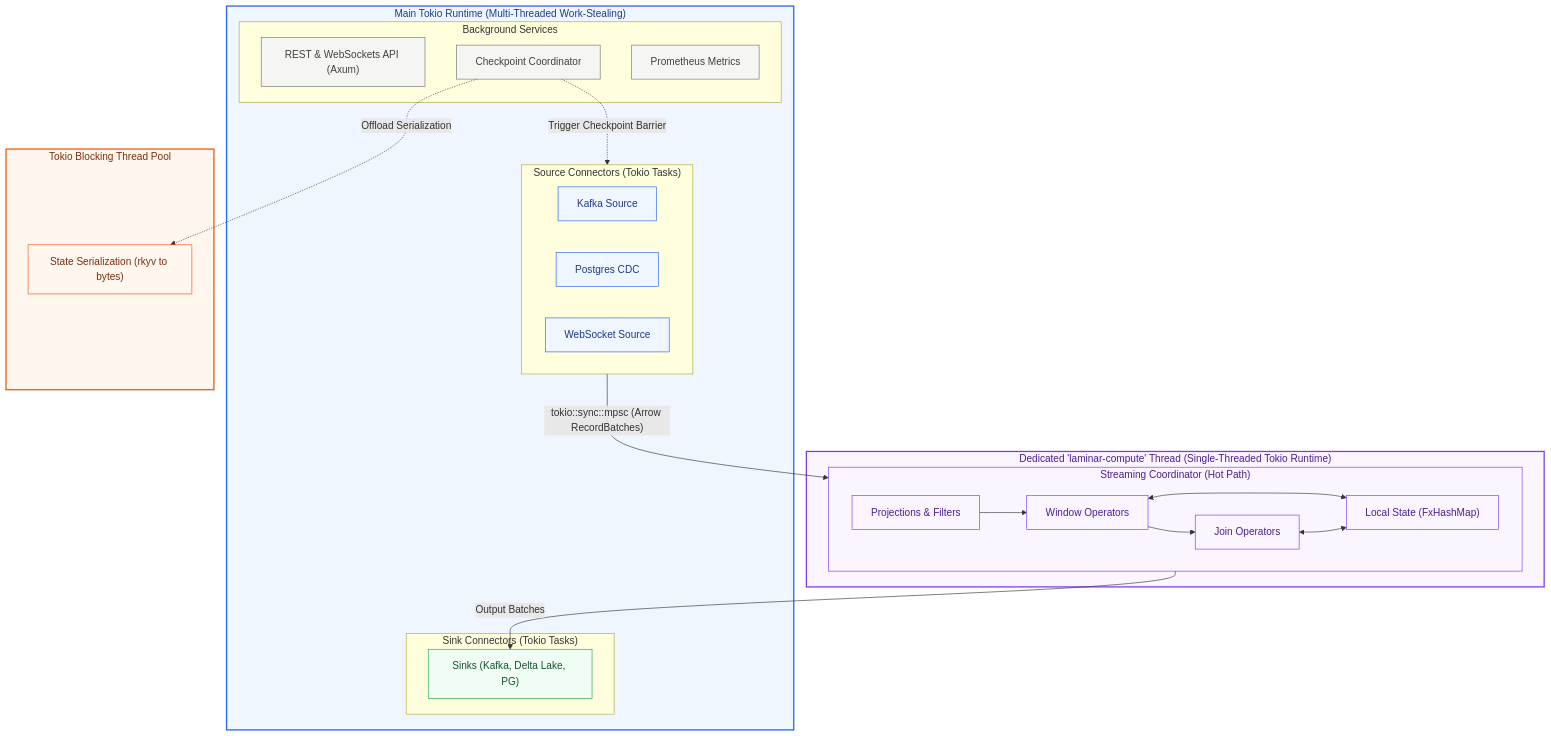
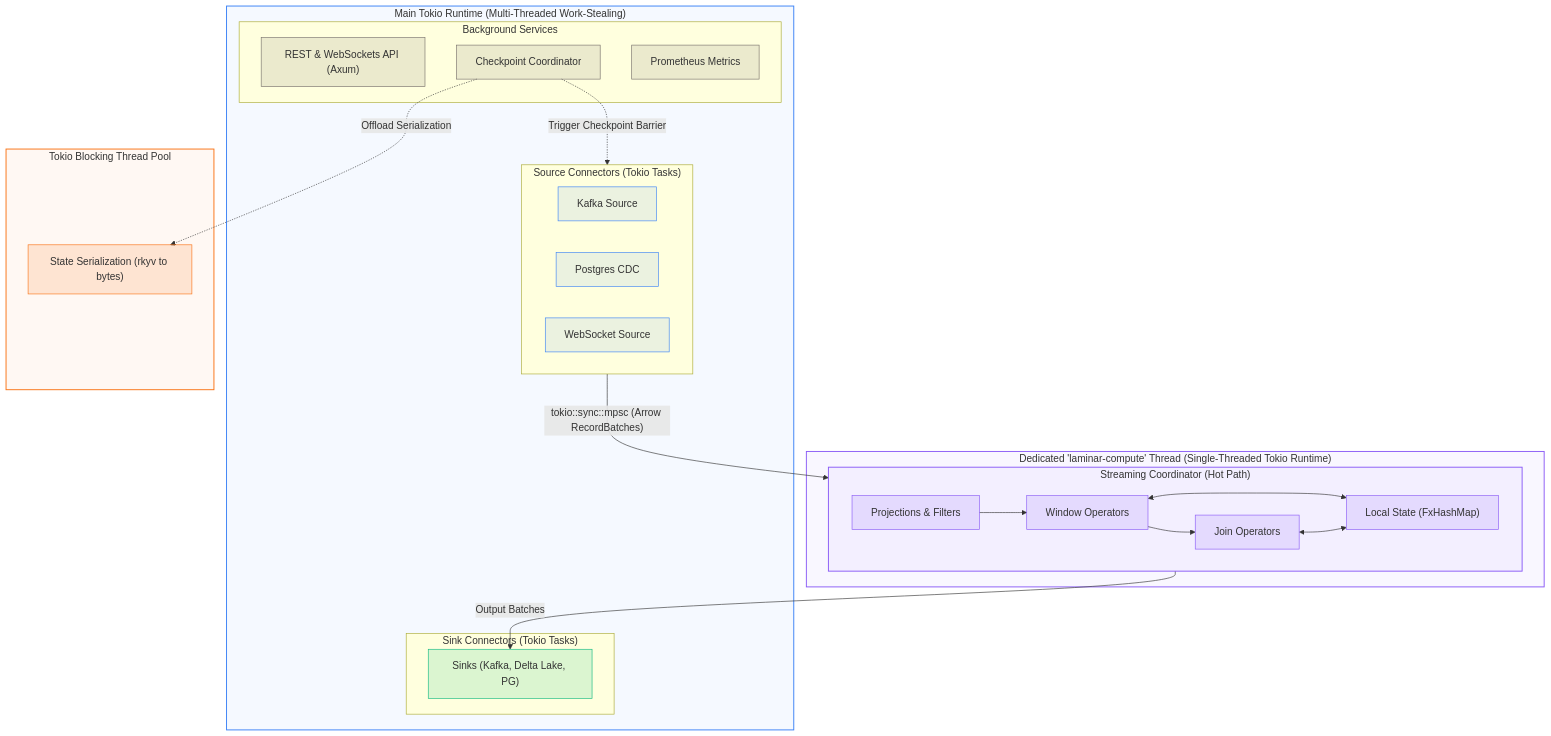
Before and after one commit to laminardb/laminardb: the fifth of 5 diagrams in README.md, drawn with Mermaid. The commit also changed other lines of this file, not shown here.

Commit message:
docs: update README architecture diagrams to be dynamically theme-aware

````diff
--- a/README.md
+++ b/README.md
@@ -613,58 +613,58 @@
 ```mermaid
 graph TB
-    classDef computeClass fill:#faf5ff,stroke:#7c3aed,stroke-width:1px,color:#4c1d95;
-    classDef mainClass fill:#eff6ff,stroke:#2563eb,stroke-width:1px,color:#1e3a8a;
-    classDef blockingClass fill:#fff7ed,stroke:#ea580c,stroke-width:1px,color:#7c2d12;
+    classDef computeClass fill:#8b5cf6,fill-opacity:0.15,stroke:#8b5cf6,stroke-width:1px;
+    classDef mainClass fill:#3b82f6,fill-opacity:0.1,stroke:#3b82f6,stroke-width:1px;
+    classDef blockingClass fill:#f97316,fill-opacity:0.15,stroke:#f97316,stroke-width:1px;
     
-    classDef sourceClass fill:#eff6ff,stroke:#2563eb,stroke-width:1px,color:#1e3a8a;
-    classDef sinkClass fill:#f0fdf4,stroke:#16a34a,stroke-width:1px,color:#14532d;
-    classDef serviceClass fill:#f5f5f4,stroke:#78716c,stroke-width:1px,color:#44403c;
-    classDef coordClass fill:#faf5ff,stroke:#7c3aed,stroke-width:2px,color:#4c1d95,font-weight:bold;
+    classDef sourceClass fill:#3b82f6,fill-opacity:0.1,stroke:#3b82f6,stroke-width:1px;
+    classDef sinkClass fill:#10b981,fill-opacity:0.15,stroke:#10b981,stroke-width:1px;
+    classDef serviceClass fill:#78716c,fill-opacity:0.15,stroke:#78716c,stroke-width:1px;
+    classDef coordClass fill:#8b5cf6,fill-opacity:0.15,stroke:#8b5cf6,stroke-width:2px,font-weight:bold;
 
     subgraph ComputeRuntime["Dedicated 'laminar-compute' Thread (Single-Threaded Tokio Runtime)"]
         subgraph Coord["Streaming Coordinator (Hot Path)"]
             direction LR
             Proj["Projections & Filters"]:::computeClass
             Window["Window Operators"]:::computeClass
             Join["Join Operators"]:::computeClass
             LocalState["Local State (FxHashMap)"]:::computeClass
             
             Proj --> Window --> Join
             Window <--> LocalState
             Join <--> LocalState
         end
     end
 
     subgraph MainRuntime["Main Tokio Runtime (Multi-Threaded Work-Stealing)"]
         subgraph Sources["Source Connectors (Tokio Tasks)"]
             S1["Kafka Source"]:::sourceClass
             S2["Postgres CDC"]:::sourceClass
             S3["WebSocket Source"]:::sourceClass
         end
         
         subgraph Sinks["Sink Connectors (Tokio Tasks)"]
             SinkIO["Sinks (Kafka, Delta Lake, PG)"]:::sinkClass
         end
         
         subgraph CoreServices["Background Services"]
             API["REST & WebSockets API (Axum)"]:::serviceClass
             CheckpointCoord["Checkpoint Coordinator"]:::serviceClass
             Metrics["Prometheus Metrics"]:::serviceClass
         end
     end
 
     subgraph BlockingPool["Tokio Blocking Thread Pool"]
         Serial["State Serialization (rkyv to bytes)"]:::blockingClass
     end
 
     %% Data and Control Paths
     Sources -->|"tokio::sync::mpsc (Arrow RecordBatches)"| Proj
     Join -->|"Output Batches"| SinkIO
     CheckpointCoord -.->|"Trigger Checkpoint Barrier"| Sources
     CheckpointCoord -.->|"Offload Serialization"| Serial
 
-    style ComputeRuntime fill:#faf5ff,stroke:#7c3aed,stroke-width:2px,color:#4c1d95
-    style MainRuntime fill:#eff6ff,stroke:#2563eb,stroke-width:2px,color:#1e3a8a
-    style BlockingPool fill:#fff7ed,stroke:#ea580c,stroke-width:2px,color:#7c2d12
-    style Coord fill:#faf5ff,stroke:#7c3aed,color:#4c1d95
+    style ComputeRuntime fill:#8b5cf6,fill-opacity:0.05,stroke:#8b5cf6,stroke-width:1.5px
+    style MainRuntime fill:#3b82f6,fill-opacity:0.05,stroke:#3b82f6,stroke-width:1.5px
+    style BlockingPool fill:#f97316,fill-opacity:0.05,stroke:#f97316,stroke-width:1.5px
+    style Coord fill:#8b5cf6,fill-opacity:0.05,stroke:#8b5cf6,stroke-width:1.5px
 ```
````
